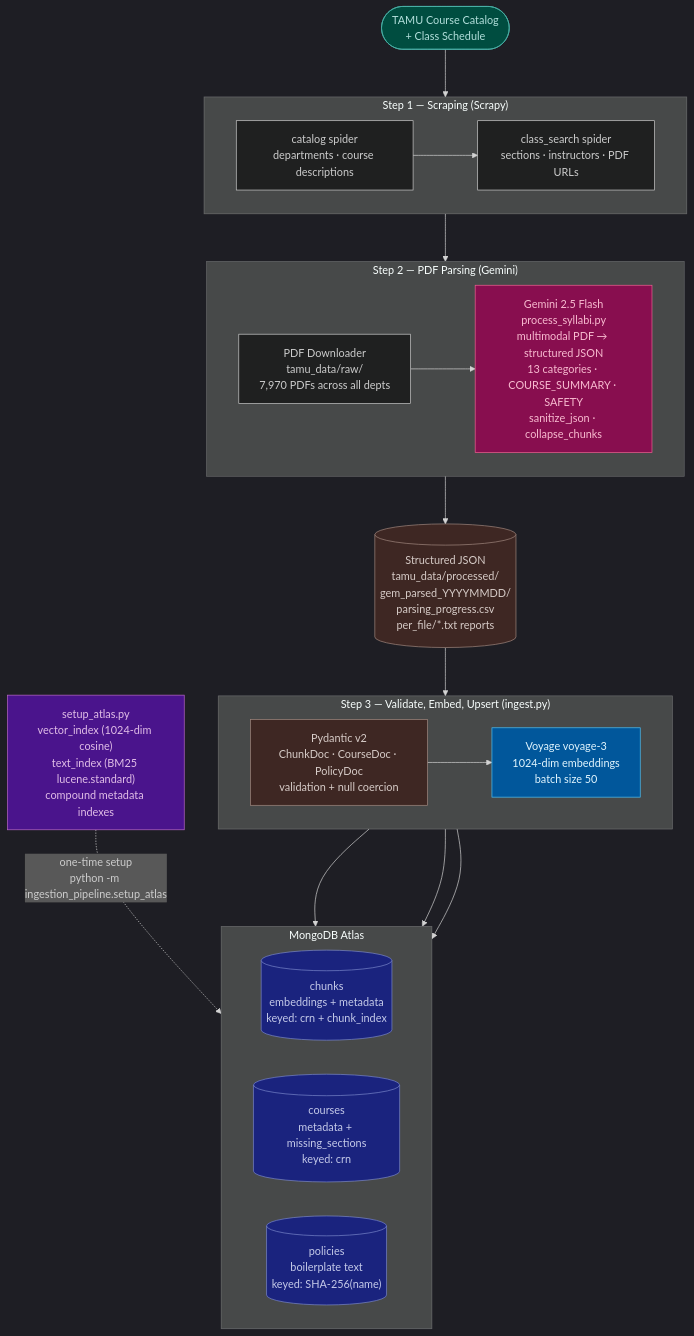
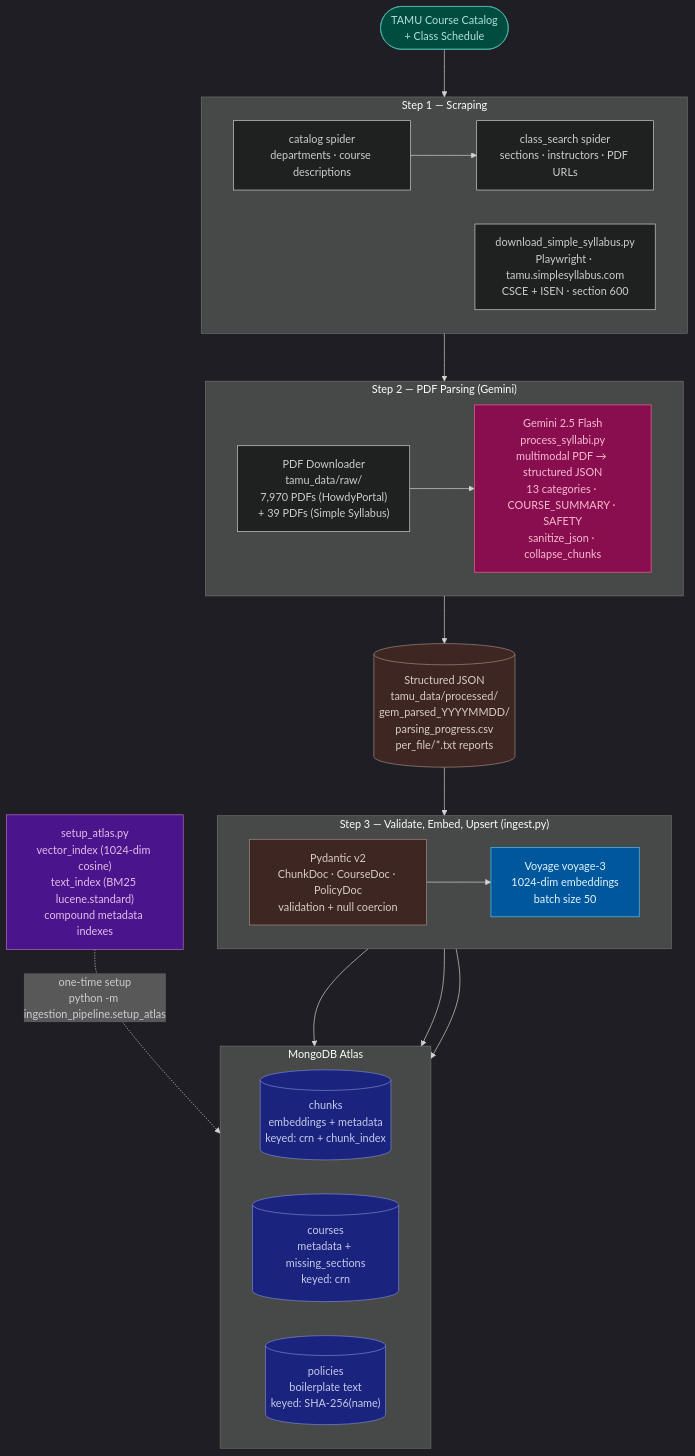
One commit to zelunliu/tamubot changed the second of 3 diagrams in README.md. Above: the diagram before and after it, drawn with Mermaid. The commit also changed other lines of this file and 10 other files, not shown here.

First line of the commit message:
feat: simple syllabus scraper via Playwright + manifest pipeline

````diff
--- a/README.md
+++ b/README.md
@@ -82,59 +82,60 @@
 ```mermaid
 %%{init: {'theme': 'dark', 'flowchart': {'nodeSpacing': 50, 'rankSpacing': 70}}}%%
 flowchart TD
     TAMU(["TAMU Course Catalog<br/>+ Class Schedule"])
 
-    subgraph SCRAPE["Step 1 — Scraping (Scrapy)"]
+    subgraph SCRAPE["Step 1 — Scraping"]
         direction LR
         SP1["catalog spider<br/>departments · course descriptions"]
         SP2["class_search spider<br/>sections · instructors · PDF URLs"]
+        SP3["download_simple_syllabus.py<br/>Playwright · tamu.simplesyllabus.com<br/>CSCE + ISEN · section 600"]
         SP1 --> SP2
     end
 
     subgraph PARSE["Step 2 — PDF Parsing (Gemini)"]
         direction LR
-        DL["PDF Downloader<br/>tamu_data/raw/<br/>7,970 PDFs across all depts"]
+        DL["PDF Downloader<br/>tamu_data/raw/<br/>7,970 PDFs (HowdyPortal)<br/>+ 39 PDFs (Simple Syllabus)"]
         GEMINI["Gemini 2.5 Flash<br/>process_syllabi.py<br/>multimodal PDF → structured JSON<br/>13 categories · COURSE_SUMMARY · SAFETY<br/>sanitize_json · collapse_chunks"]
         DL --> GEMINI
     end
 
     JSON[("Structured JSON<br/>tamu_data/processed/<br/>gem_parsed_YYYYMMDD/<br/>parsing_progress.csv<br/>per_file/*.txt reports")]
 
     subgraph INGEST["Step 3 — Validate, Embed, Upsert (ingest.py)"]
         direction LR
         PYD["Pydantic v2<br/>ChunkDoc · CourseDoc · PolicyDoc<br/>validation + null coercion"]
         EMB["Voyage voyage-3<br/>1024-dim embeddings<br/>batch size 50"]
         PYD --> EMB
     end
 
     subgraph ATLAS["MongoDB Atlas"]
         direction LR
         MC[("chunks<br/>embeddings + metadata<br/>keyed: crn + chunk_index")]
         MCO[("courses<br/>metadata + missing_sections<br/>keyed: crn")]
         MP[("policies<br/>boilerplate text<br/>keyed: SHA-256(name)")]
     end
 
     IDX["setup_atlas.py<br/>vector_index (1024-dim cosine)<br/>text_index (BM25 lucene.standard)<br/>compound metadata indexes"]
 
     TAMU --> SCRAPE --> PARSE
     PARSE --> JSON
     JSON --> INGEST
     EMB --> MC
     PYD --> MCO
     PYD --> MP
     IDX -.->|"one-time setup<br/>python -m ingestion_pipeline.setup_atlas"| MC
 
     classDef source   fill:#004D40,stroke:#4DB6AC,color:#B2DFDB
     classDef gemini   fill:#880E4F,stroke:#F06292,color:#F8BBD0
     classDef store    fill:#1A237E,stroke:#7986CB,color:#C5CAE9
     classDef voyage   fill:#01579B,stroke:#4FC3F7,color:#E1F5FE
     classDef idx      fill:#4A148C,stroke:#BA68C8,color:#E1BEE7
     classDef mid      fill:#3E2723,stroke:#A1887F,color:#D7CCC8
 
     class TAMU source
     class GEMINI gemini
     class MC,MCO,MP store
     class EMB voyage
     class IDX idx
     class PYD,JSON mid
 ```
````
